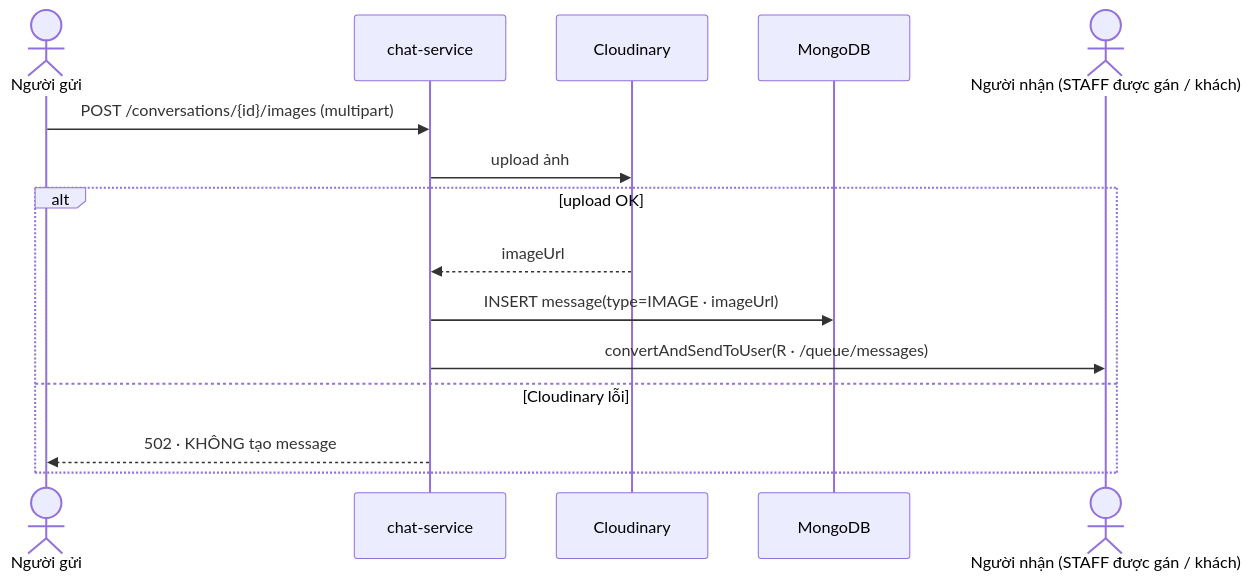
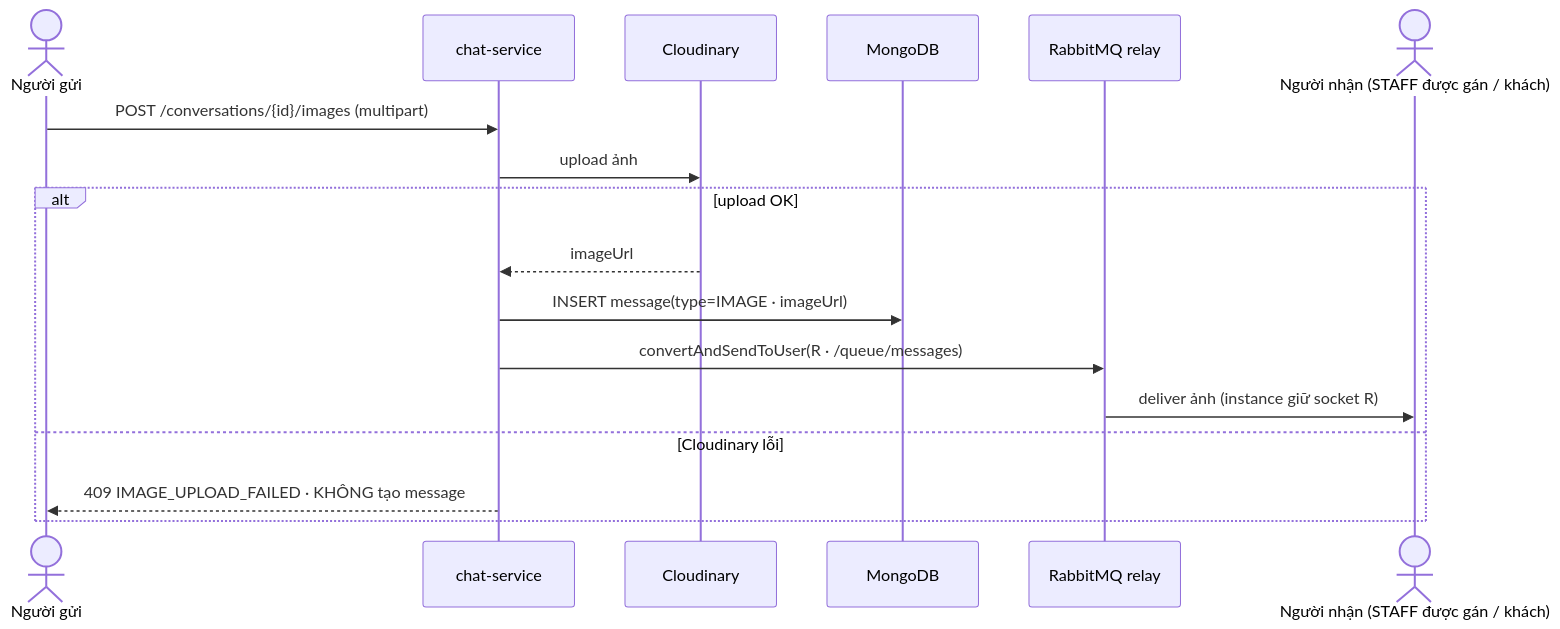
One commit to phucgigital03/BadmintonHub changed the fifth of 6 diagrams in UC_Chatting.md. Above: the diagram before and after it, drawn with Mermaid. The commit also changed other lines of this file and 1 other file, not shown here.

````diff
--- a/UC_Chatting.md
+++ b/UC_Chatting.md
@@ -364,18 +340,20 @@
 ```mermaid
 sequenceDiagram
     actor U as Người gửi
     participant CH as chat-service
     participant CL as Cloudinary
     participant DB as MongoDB
+    participant MQ as RabbitMQ relay
     actor R as Người nhận (STAFF được gán / khách)
 
     U->>CH: POST /conversations/{id}/images (multipart)
     CH->>CL: upload ảnh
     alt upload OK
         CL-->>CH: imageUrl
         CH->>DB: INSERT message(type=IMAGE · imageUrl)
-        CH->>R: convertAndSendToUser(R · /queue/messages)
+        CH->>MQ: convertAndSendToUser(R · /queue/messages)
+        MQ->>R: deliver ảnh (instance giữ socket R)
     else Cloudinary lỗi
-        CH-->>U: 502 · KHÔNG tạo message
+        CH-->>U: 409 IMAGE_UPLOAD_FAILED · KHÔNG tạo message
     end
 ```
````
